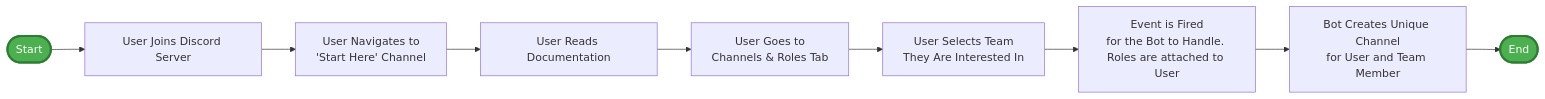
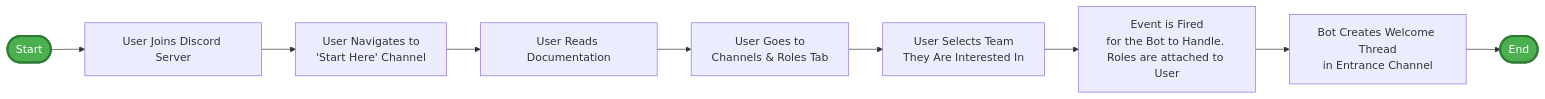
The diagram in apps/discord-bot/docs/OnboardingInterestedInFlow.md (dggpoliticalaction/org-repo), drawn with Mermaid before and after one commit. The commit also changed other lines of this file and 11 other files, not shown here.

````diff
--- a/apps/discord-bot/docs/OnboardingInterestedInFlow.md
+++ b/apps/discord-bot/docs/OnboardingInterestedInFlow.md
@@ -3,14 +3,14 @@
 ```mermaid
 flowchart LR
     Start([Start]) --> Join[User Joins Discord Server]
     Join --> Navigate[User Navigates to<br/>'Start Here' Channel]
     Navigate --> Read[User Reads Documentation]
     Read --> Channels[User Goes to<br/>Channels & Roles Tab]
     Channels --> SelectTeam[User Selects Team<br/>They Are Interested In]
     SelectTeam --> EventFired[Event is Fired<br/>for the Bot to Handle. Roles are attached to User]
-    EventFired --> CreateChannel[Bot Creates Unique Channel<br/>for User and Team Member]
-    CreateChannel --> End([End])
+    EventFired --> CreateThread[Bot Creates Welcome Thread<br/>in Entrance Channel]
+    CreateThread --> End([End])
     
     style Start fill:#4caf50,stroke:#2e7d32,stroke-width:3px,color:#fff
     style End fill:#4caf50,stroke:#2e7d32,stroke-width:3px,color:#fff
 ```
````
